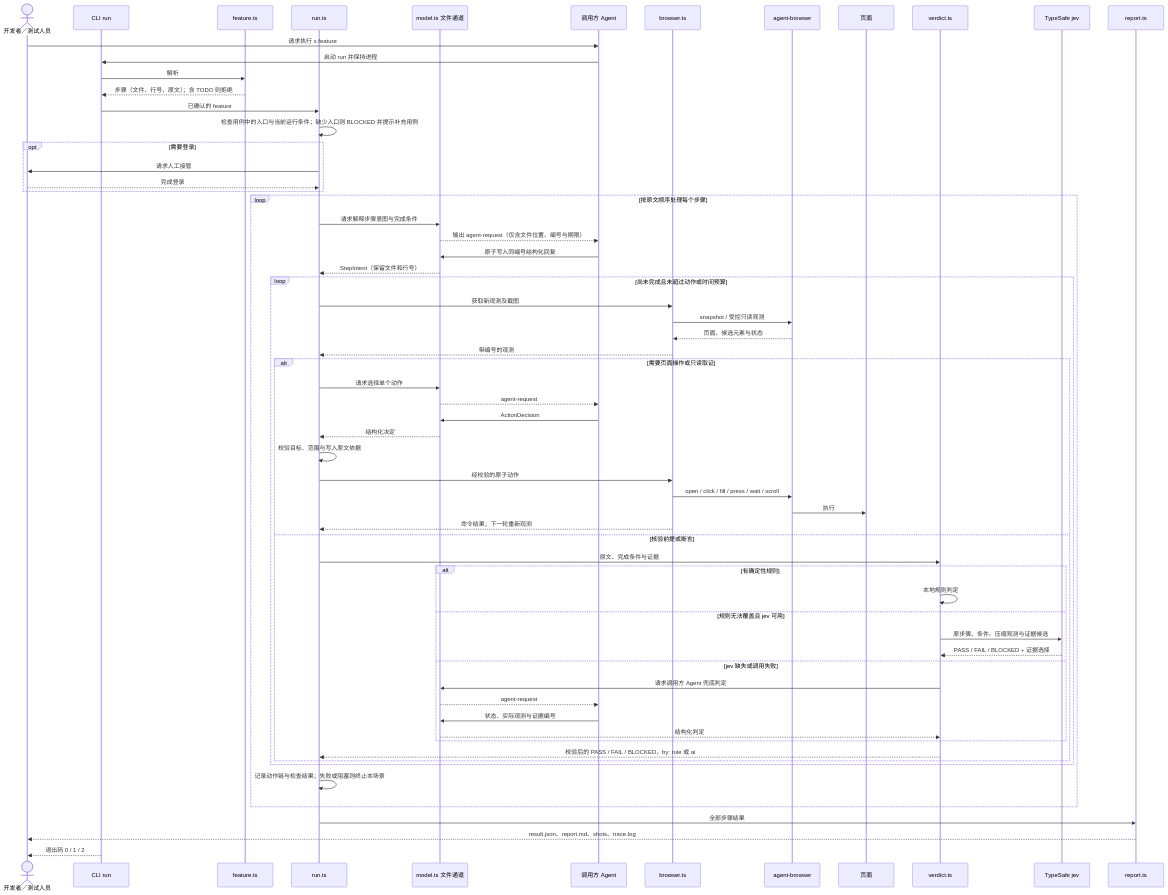
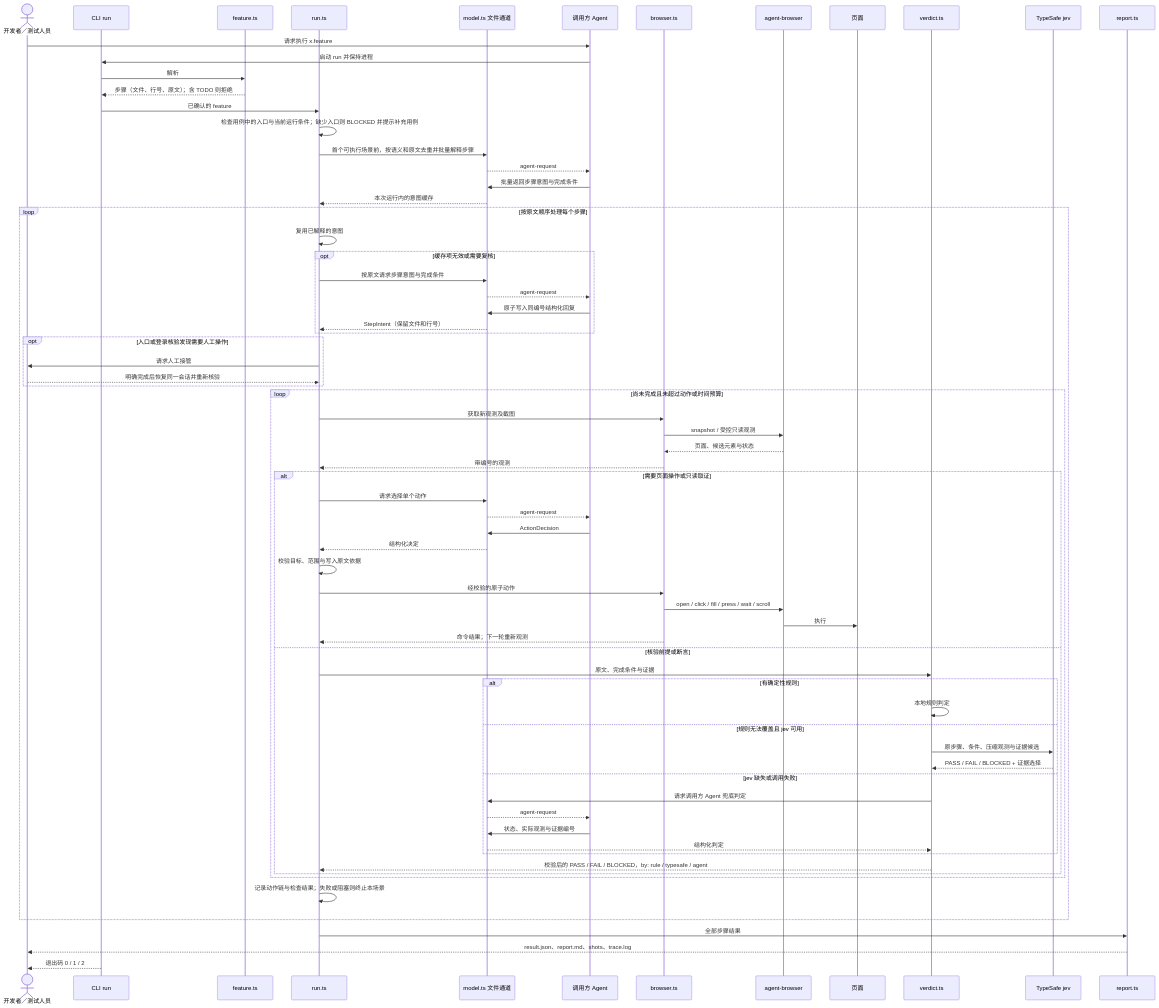
One commit to Mone-Lee/browser-automated changed the third of 4 diagrams in docs/browser-test-technical-plan.md. Above: the diagram before and after it, drawn with Mermaid. The commit also changed other lines of this file, not shown here.

````diff
--- a/docs/browser-test-technical-plan.md
+++ b/docs/browser-test-technical-plan.md
@@ -157,67 +163,74 @@
 ```mermaid
 sequenceDiagram
     actor U as 开发者／测试人员
     participant C as CLI run
     participant F as feature.ts
     participant R as run.ts
     participant M as model.ts 文件通道
     participant A as 调用方 Agent
     participant B as browser.ts
     participant AB as agent-browser
     participant P as 页面
     participant V as verdict.ts
     participant T as TypeSafe jev
     participant RP as report.ts
 
     U->>A: 请求执行 x.feature
     A->>C: 启动 run 并保持进程
     C->>F: 解析
     F-->>C: 步骤（文件、行号、原文）；含 TODO 则拒绝
     C->>R: 已确认的 feature
     R->>R: 检查用例中的入口与当前运行条件；缺少入口则 BLOCKED 并提示补充用例
-    opt 需要登录
-        R->>U: 请求人工接管
-        U-->>R: 完成登录
-    end
+    R->>M: 首个可执行场景前，按语义和原文去重并批量解释步骤
+    M-->>A: agent-request
+    A->>M: 批量返回步骤意图与完成条件
+    M-->>R: 本次运行内的意图缓存
     loop 按原文顺序处理每个步骤
-        R->>M: 请求解释步骤意图与完成条件
-        M-->>A: 输出 agent-request（仅含文件位置、编号与期限）
-        A->>M: 原子写入同编号结构化回复
-        M-->>R: StepIntent（保留文件和行号）
+        R->>R: 复用已解释的意图
+        opt 缓存项无效或需要复核
+            R->>M: 按原文请求步骤意图与完成条件
+            M-->>A: agent-request
+            A->>M: 原子写入同编号结构化回复
+            M-->>R: StepIntent（保留文件和行号）
+        end
+        opt 入口或登录核验发现需要人工操作
+            R->>U: 请求人工接管
+            U-->>R: 明确完成后恢复同一会话并重新核验
+        end
         loop 尚未完成且未超过动作或时间预算
             R->>B: 获取新观测及截图
             B->>AB: snapshot / 受控只读观测
             AB-->>B: 页面、候选元素与状态
             B-->>R: 带编号的观测
             alt 需要页面操作或只读取证
                 R->>M: 请求选择单个动作
                 M-->>A: agent-request
                 A->>M: ActionDecision
                 M-->>R: 结构化决定
                 R->>R: 校验目标、范围与写入原文依据
                 R->>B: 经校验的原子动作
                 B->>AB: open / click / fill / press / wait / scroll
                 AB->>P: 执行
                 B-->>R: 命令结果；下一轮重新观测
             else 核验前提或断言
                 R->>V: 原文、完成条件与证据
                 alt 有确定性规则
                     V->>V: 本地规则判定
                 else 规则无法覆盖且 jev 可用
                     V->>T: 原步骤、条件、压缩观测与证据候选
                     T-->>V: PASS / FAIL / BLOCKED + 证据选择
                 else jev 缺失或调用失败
                     V->>M: 请求调用方 Agent 兜底判定
                     M-->>A: agent-request
                     A->>M: 状态、实际观测与证据编号
                     M-->>V: 结构化判定
                 end
-                V-->>R: 校验后的 PASS / FAIL / BLOCKED，by: rule 或 ai
+                V-->>R: 校验后的 PASS / FAIL / BLOCKED，by: rule / typesafe / agent
             end
         end
         R->>R: 记录动作链与检查结果；失败或阻塞则终止本场景
     end
     R->>RP: 全部步骤结果
     RP-->>U: result.json、report.md、shots、trace.log
     C-->>U: 退出码 0 / 1 / 2
 ```
````
